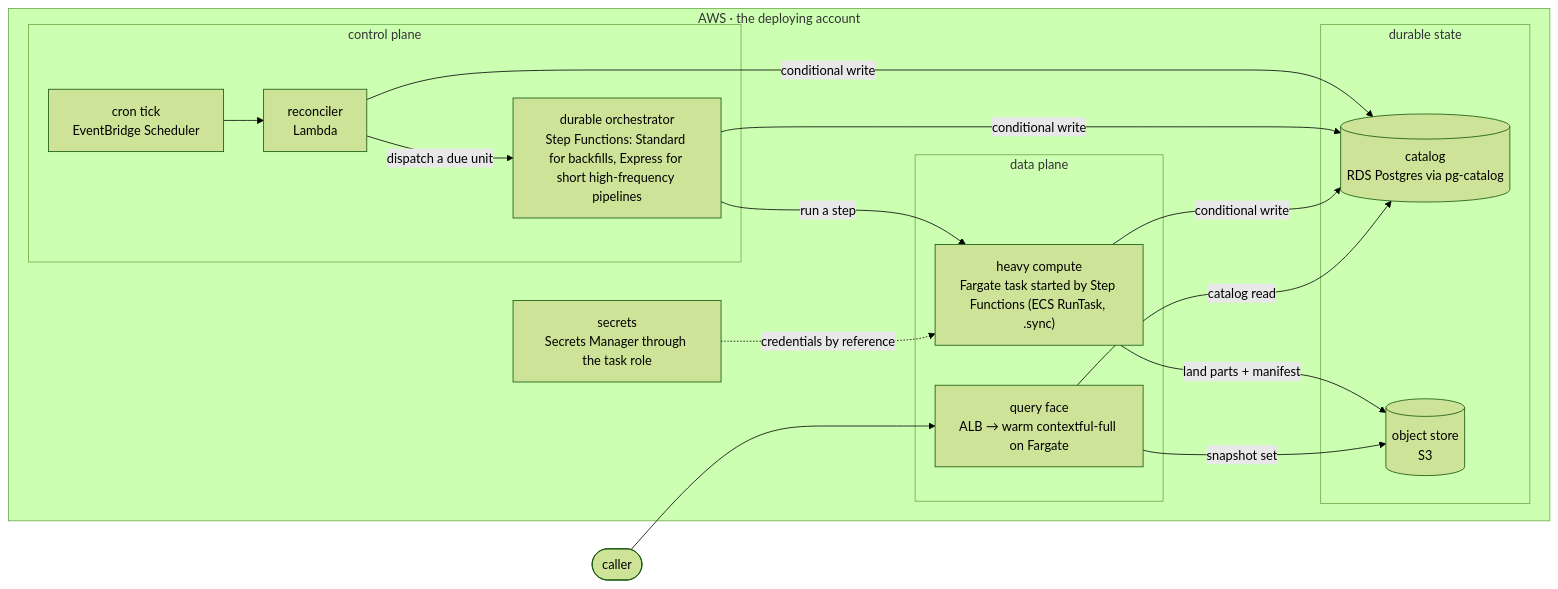
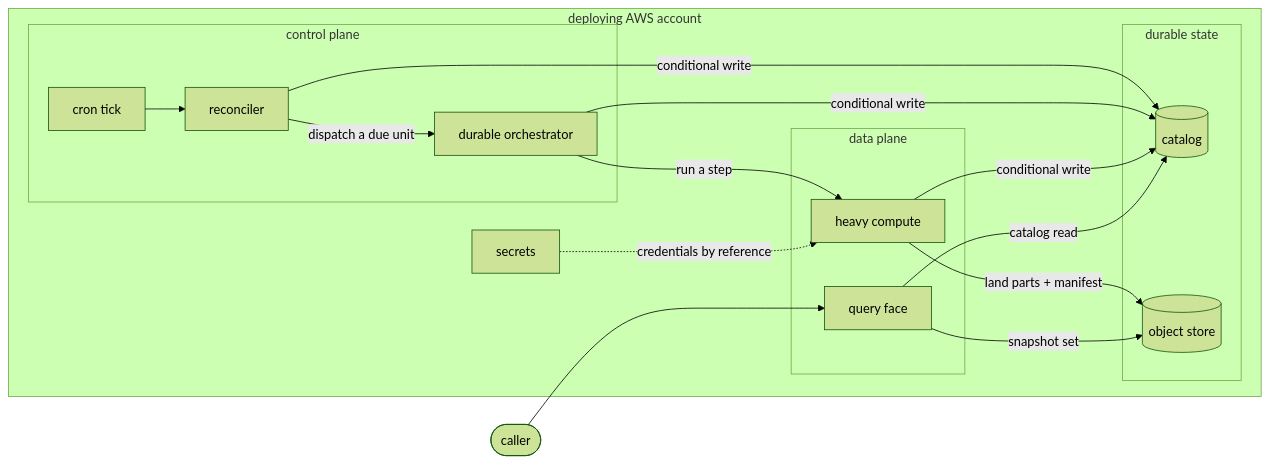
One commit to fractalboxdev/contextful changed the first of 3 diagrams in spec/targets.md. Above: the diagram before and after it, drawn with Mermaid (forest theme). The commit also changed other lines of this file and 24 other files, not shown here.

First line of the commit message:
spec: every flowchart draws one entity or process per node

````diff
--- a/spec/targets.md
+++ b/spec/targets.md
@@ -26,26 +26,26 @@
 ```mermaid
 flowchart LR
   CALLER(["caller"])
-  subgraph ACCOUNT["AWS · the deploying account"]
+  subgraph ACCOUNT["deploying AWS account"]
     subgraph CONTROL["control plane"]
-      TICK["cron tick<br/>EventBridge Scheduler"]
-      REC["reconciler<br/>Lambda"]
-      ORCH["durable orchestrator<br/>Step Functions: Standard for backfills, Express for short high-frequency pipelines"]
+      TICK["cron tick"]
+      REC["reconciler"]
+      ORCH["durable orchestrator"]
     end
     subgraph DATA["data plane"]
-      COMP["heavy compute<br/>Fargate task started by Step Functions (ECS RunTask, .sync)"]
-      QF["query face<br/>ALB → warm contextful-full on Fargate"]
+      COMP["heavy compute"]
+      QF["query face"]
     end
     subgraph STATE["durable state"]
-      CAT[("catalog<br/>RDS Postgres via pg-catalog")]
-      OBJ[("object store<br/>S3")]
+      CAT[("catalog")]
+      OBJ[("object store")]
     end
-    SEC["secrets<br/>Secrets Manager through the task role"]
+    SEC["secrets"]
   end
   TICK --> REC -- "dispatch a due unit" --> ORCH -- "run a step" --> COMP
   COMP -- "land parts + manifest" --> OBJ
   REC & ORCH & COMP -- "conditional write" --> CAT
   CALLER --> QF -- "snapshot set" --> OBJ
   QF -- "catalog read" --> CAT
   SEC -. "credentials by reference" .-> COMP
 ```
````
